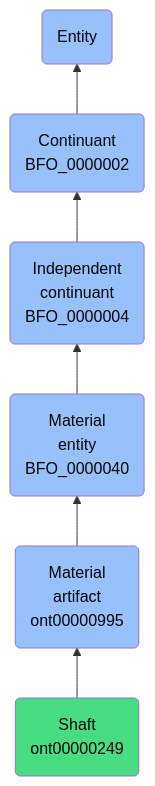
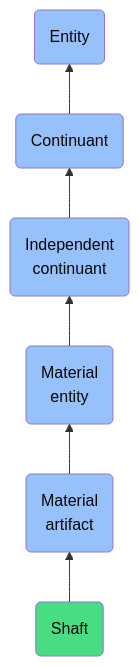
One commit to jupyter-naas/abi changed the diagram in docs/ontology/reference/model/Entity/Continuant/Independent continuant/Material entity/Material artifact/Shaft/Shaft.md. Above: the diagram before and after it, drawn with Mermaid. The commit also changed other lines of this file and 1430 other files, not shown here.

````diff
--- a/docs/ontology/reference/model/Entity/Continuant/Independent continuant/Material entity/Material artifact/Shaft/Shaft.md
+++ b/docs/ontology/reference/model/Entity/Continuant/Independent continuant/Material entity/Material artifact/Shaft/Shaft.md
@@ -24,13 +24,13 @@
 ```mermaid
 graph BT
-    ont00000249(Shaft<br>ont00000249):::ABI-->ont00000995
-    ont00000995(Material<br>artifact<br>ont00000995):::BFO-->BFO_0000040
-    BFO_0000040(Material<br>entity<br>BFO_0000040):::BFO-->BFO_0000004
-    BFO_0000004(Independent<br>continuant<br>BFO_0000004):::BFO-->BFO_0000002
-    BFO_0000002(Continuant<br>BFO_0000002):::BFO-->BFO_0000001
+    ont00000249(Shaft):::ABI-->ont00000995
+    ont00000995(Material<br>artifact):::BFO-->BFO_0000040
+    BFO_0000040(Material<br>entity):::BFO-->BFO_0000004
+    BFO_0000004(Independent<br>continuant):::BFO-->BFO_0000002
+    BFO_0000002(Continuant):::BFO-->BFO_0000001
     BFO_0000001(Entity):::BFO
     
     classDef BFO fill:#97c1fb,color:#060606
     classDef CCO fill:#e4c51e,color:#060606
     classDef ABI fill:#48DD82,color:#060606
 ```
````
